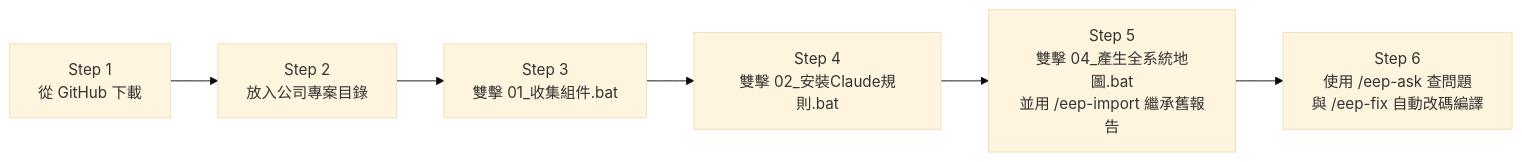
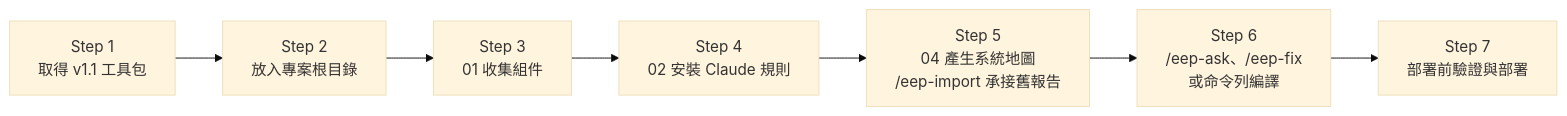
Before and after one commit to Wei-Jie/oldProjectCompiler: the diagram in README.md, drawn with Mermaid (base theme). The commit also changed other lines of this file and 31 other files, not shown here.

````diff
--- a/README.md
+++ b/README.md
@@ -26,8 +30,9 @@
 ```mermaid
 flowchart LR
-    S1["Step 1<br/>從 GitHub 下載"] --> S2["Step 2<br/>放入公司專案目錄"]
-    S2 --> S3["Step 3<br/>雙擊 01_收集組件.bat"]
-    S3 --> S4["Step 4<br/>雙擊 02_安裝Claude規則.bat"]
-    S4 --> S5["Step 5<br/>雙擊 04_產生全系統地圖.bat<br/>並用 /eep-import 繼承舊報告"]
-    S5 --> S6["Step 6<br/>使用 /eep-ask 查問題<br/>與 /eep-fix 自動改碼編譯"]
+    S1["Step 1<br/>取得 v1.1 工具包"] --> S2["Step 2<br/>放入專案根目錄"]
+    S2 --> S3["Step 3<br/>01 收集組件"]
+    S3 --> S4["Step 4<br/>02 安裝 Claude 規則"]
+    S4 --> S5["Step 5<br/>04 產生系統地圖<br/>/eep-import 承接舊報告"]
+    S5 --> S6["Step 6<br/>/eep-ask、/eep-fix<br/>或命令列編譯"]
+    S6 --> S7["Step 7<br/>部署前驗證與部署"]
 ```
````
